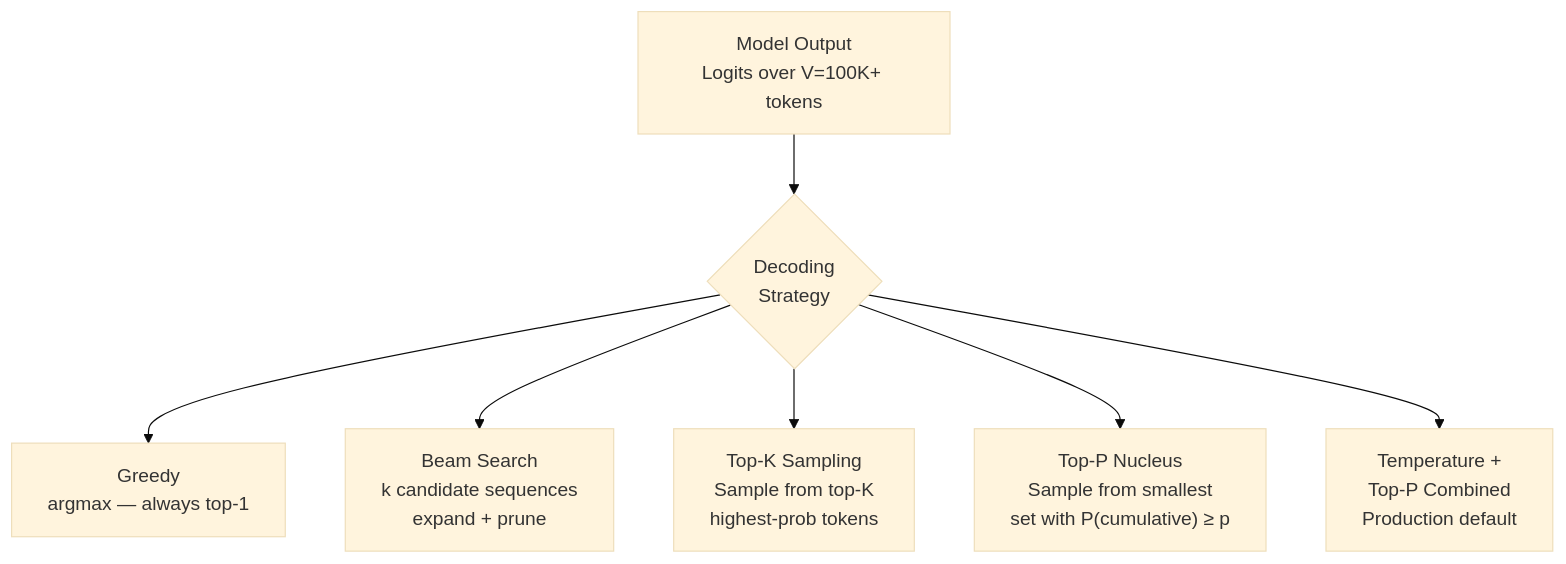
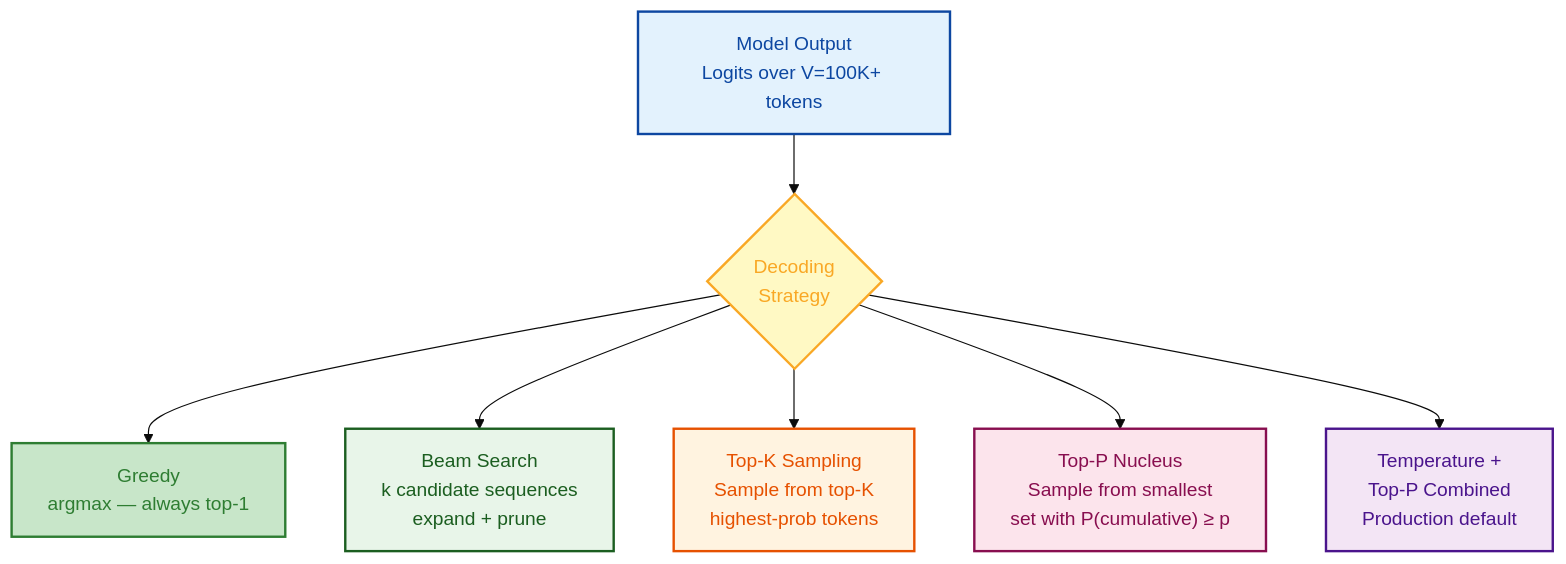
One commit to GyanendraChaubey/AI-Engineering-Notes changed the sixth of 7 diagrams in docs/01-prompt-engineering/README.md. Above: the diagram before and after it, drawn with Mermaid (base theme). The commit also changed other lines of this file and 15 other files, not shown here.

Commit message:
style: apply light color palette to remaining Mermaid diagrams (docs 15 & 16)

````diff
--- a/docs/01-prompt-engineering/README.md
+++ b/docs/01-prompt-engineering/README.md
@@ -413,9 +433,16 @@
 ```mermaid
 flowchart TD
     A["Model Output\nLogits over V=100K+ tokens"] --> B{"Decoding\nStrategy"}
     B --> C["Greedy\nargmax — always top-1"]
     B --> D["Beam Search\nk candidate sequences\nexpand + prune"]
     B --> E["Top-K Sampling\nSample from top-K\nhighest-prob tokens"]
     B --> F["Top-P Nucleus\nSample from smallest\nset with P(cumulative) ≥ p"]
     B --> G["Temperature +\nTop-P Combined\nProduction default"]
+    style A fill:#e3f2fd,stroke:#0d47a1,stroke-width:2px,color:#0d47a1
+    style B fill:#fff9c4,stroke:#f9a825,stroke-width:2px,color:#f9a825
+    style C fill:#c8e6c9,stroke:#2e7d32,stroke-width:2px,color:#2e7d32
+    style D fill:#e8f5e9,stroke:#1b5e20,stroke-width:2px,color:#1b5e20
+    style E fill:#fff3e0,stroke:#e65100,stroke-width:2px,color:#e65100
+    style F fill:#fce4ec,stroke:#880e4f,stroke-width:2px,color:#880e4f
+    style G fill:#f3e5f5,stroke:#4a148c,stroke-width:2px,color:#4a148c
 ```
````
